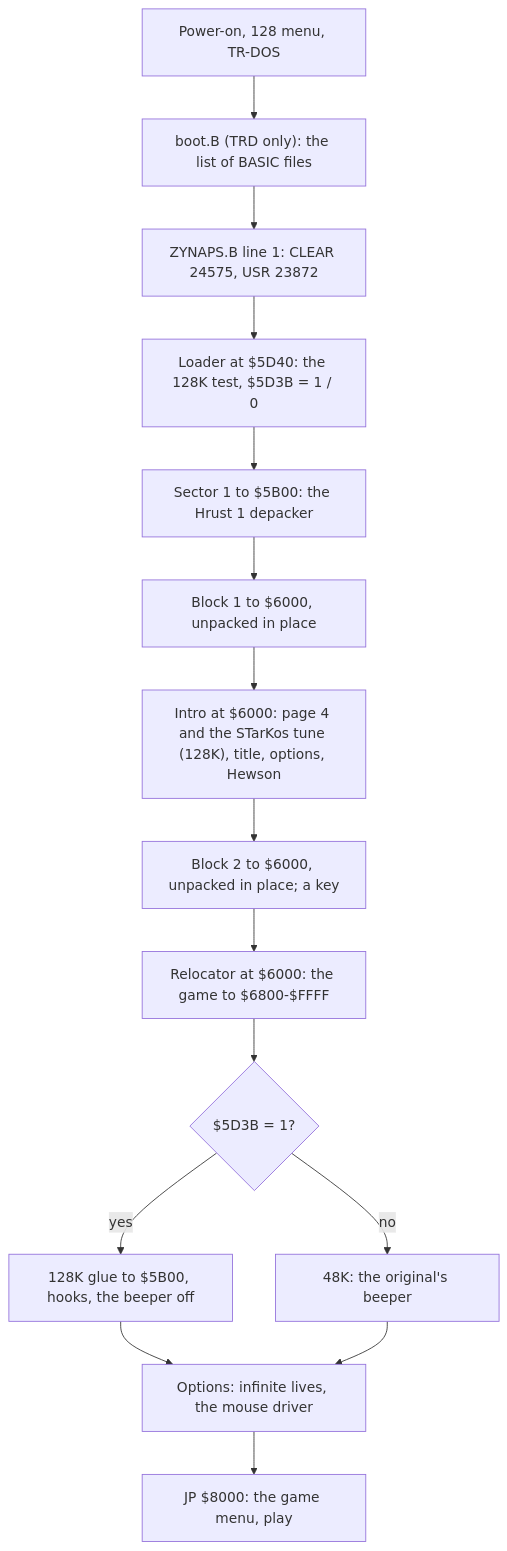
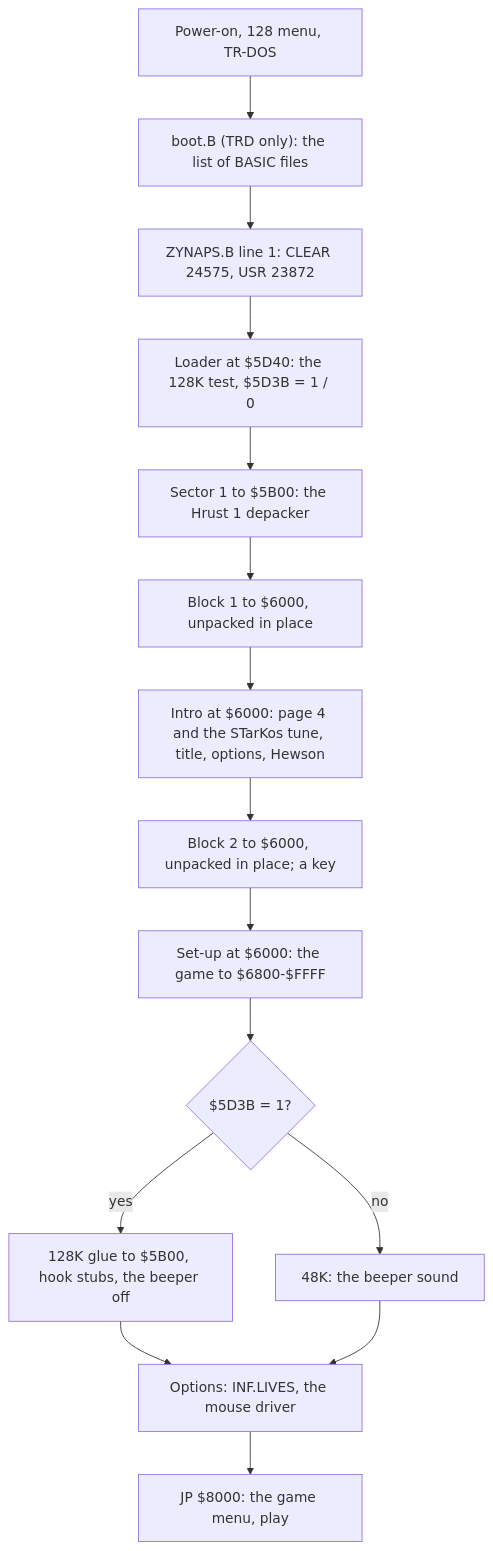
Before and after one commit to alfishe/unrealng-reverse-cases: the first of 2 diagrams in games/zynaps-128/docs/02-architecture.md, drawn with Mermaid. The commit also changed other lines of this file and 103 other files, not shown here.

````diff
--- a/games/zynaps-128/docs/02-architecture.md
+++ b/games/zynaps-128/docs/02-architecture.md
@@ -50,17 +144,17 @@
 ```mermaid
 flowchart TD
     A["Power-on, 128 menu, TR-DOS"] --> B["boot.B (TRD only): the list of BASIC files"]
     B --> C["ZYNAPS.B line 1: CLEAR 24575, USR 23872"]
     C --> D["Loader at $5D40: the 128K test, $5D3B = 1 / 0"]
     D --> E["Sector 1 to $5B00: the Hrust 1 depacker"]
     E --> F["Block 1 to $6000, unpacked in place"]
-    F --> G["Intro at $6000: page 4 and the STarKos tune (128K), title, options, Hewson"]
+    F --> G["Intro at $6000: page 4 and the STarKos tune, title, options, Hewson"]
     G --> H["Block 2 to $6000, unpacked in place; a key"]
-    H --> I["Relocator at $6000: the game to $6800-$FFFF"]
+    H --> I["Set-up at $6000: the game to $6800-$FFFF"]
     I --> J{"$5D3B = 1?"}
-    J -- yes --> K["128K glue to $5B00, hooks, the beeper off"]
-    J -- no --> L["48K: the original's beeper"]
-    K --> M["Options: infinite lives, the mouse driver"]
+    J -- yes --> K["128K glue to $5B00, hook stubs, the beeper off"]
+    J -- no --> L["48K: the beeper sound"]
+    K --> M["Options: INF.LIVES, the mouse driver"]
     L --> M
     M --> N["JP $8000: the game menu, play"]
 ```
````
